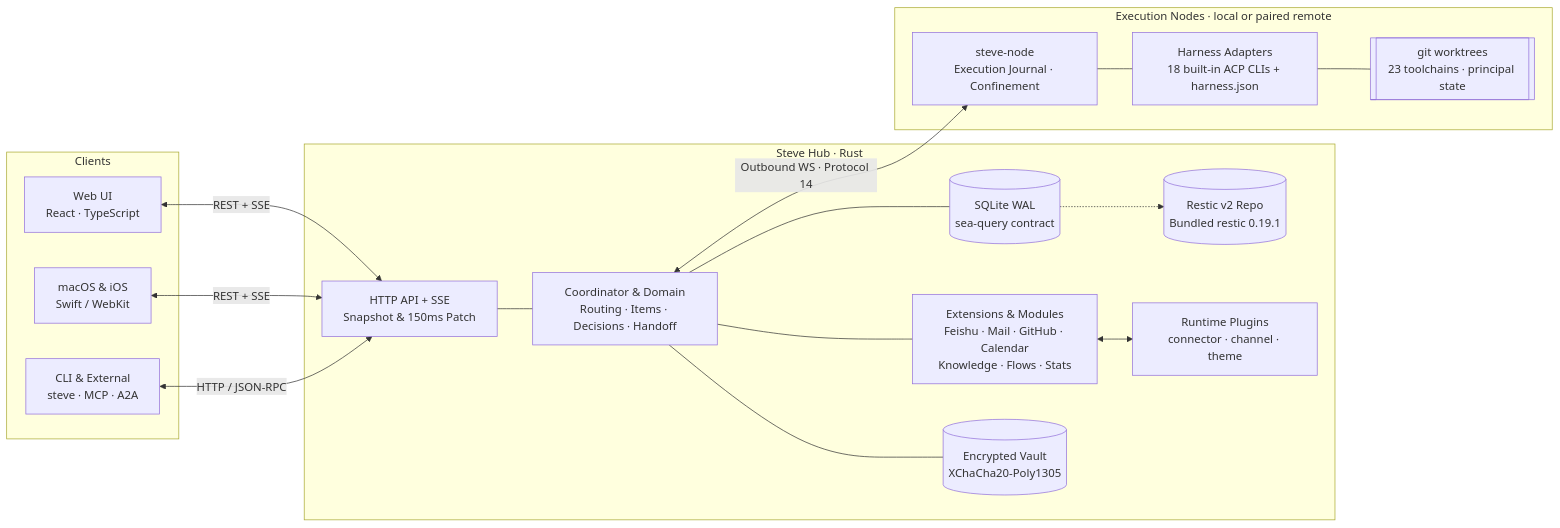
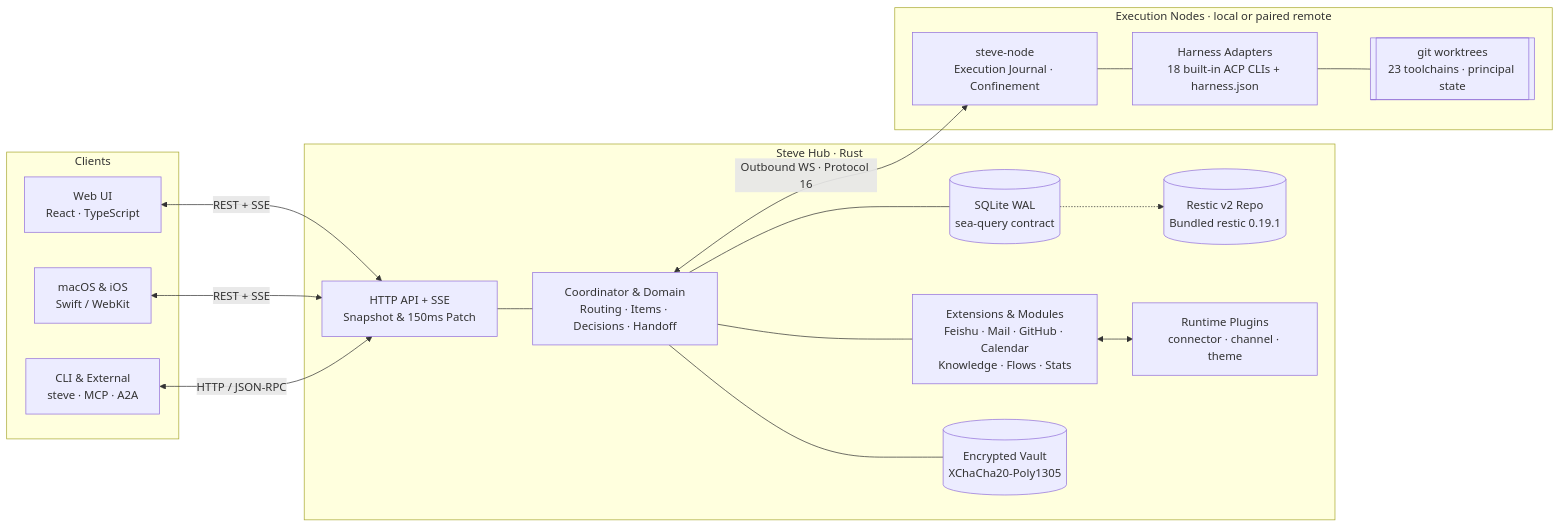
Before and after one commit to Infranite/steve: the diagram in docs/architecture.md, drawn with Mermaid. The commit also changed other lines of this file and 84 other files, not shown here.

````diff
--- a/docs/architecture.md
+++ b/docs/architecture.md
@@ -7,36 +7,36 @@
 ```mermaid
 flowchart LR
     subgraph Clients["Clients"]
         W["Web UI<br/>React · TypeScript"]
         A["macOS & iOS<br/>Swift / WebKit"]
         CLI["CLI & External<br/>steve · MCP · A2A"]
     end
 
     subgraph Hub["Steve Hub · Rust"]
         API["HTTP API + SSE<br/>Snapshot & 150ms Patch"]
         CORE["Coordinator & Domain<br/>Routing · Items · Decisions · Handoff"]
         MOD["Extensions & Modules<br/>Feishu · Mail · GitHub · Calendar<br/>Knowledge · Flows · Stats"]
         STORE[("SQLite WAL<br/>sea-query contract")]
         VAULT[("Encrypted Vault<br/>XChaCha20-Poly1305")]
         BK[("Restic v2 Repo<br/>Bundled restic 0.19.1")]
         PLG["Runtime Plugins<br/>connector · channel · theme"]
     end
 
     subgraph Nodes["Execution Nodes · local or paired remote"]
         N1["steve-node<br/>Execution Journal · Confinement"]
         ACP["Harness Adapters<br/>18 built-in ACP CLIs + harness.json"]
         WT[["git worktrees<br/>23 toolchains · principal state"]]
     end
 
     W & A <-->|"REST + SSE"| API
     CLI <-->|"HTTP / JSON-RPC"| API
     API --- CORE
     CORE --- MOD
     CORE --- STORE
     CORE --- VAULT
     STORE -.-> BK
     MOD <--> PLG
-    CORE <-->|"Outbound WS · Protocol 14"| N1
+    CORE <-->|"Outbound WS · Protocol 16"| N1
     N1 --- ACP
     ACP --- WT
 ```
````
